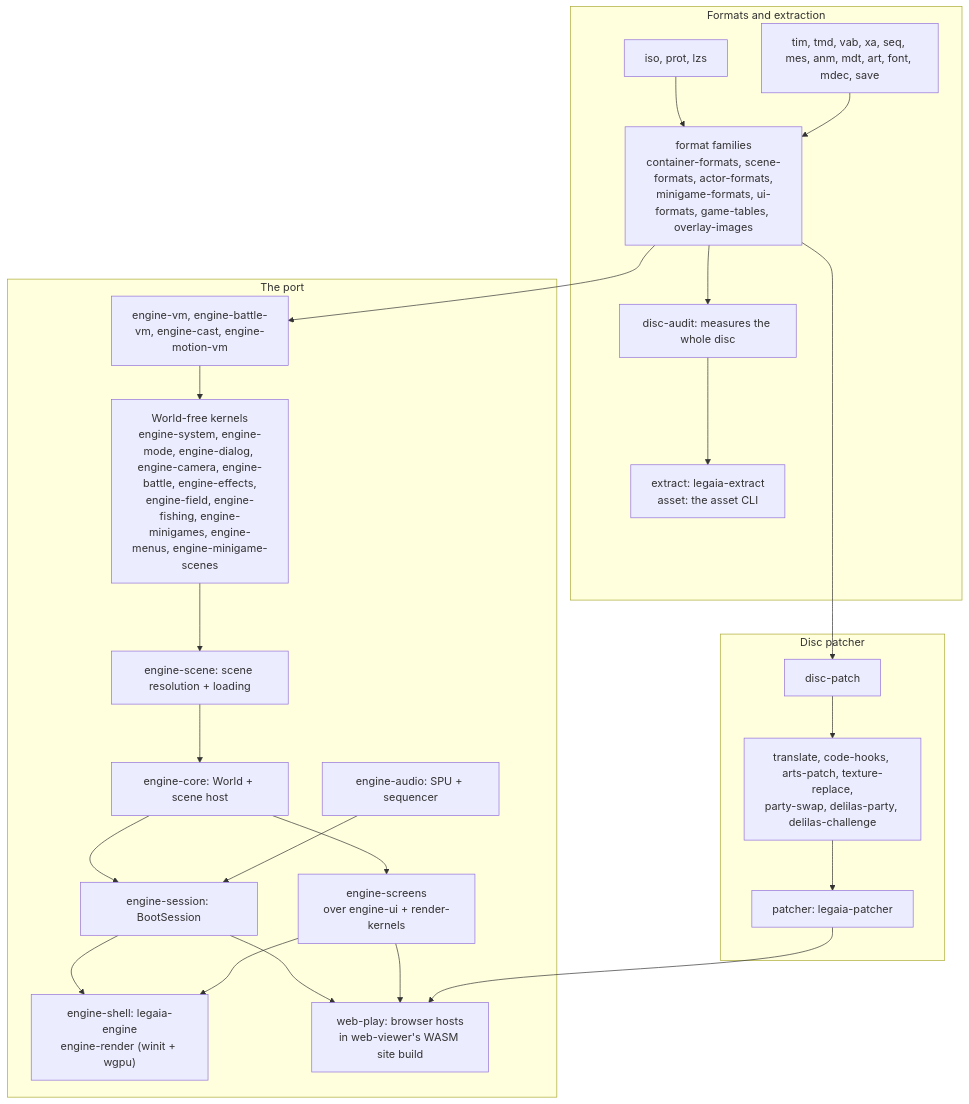
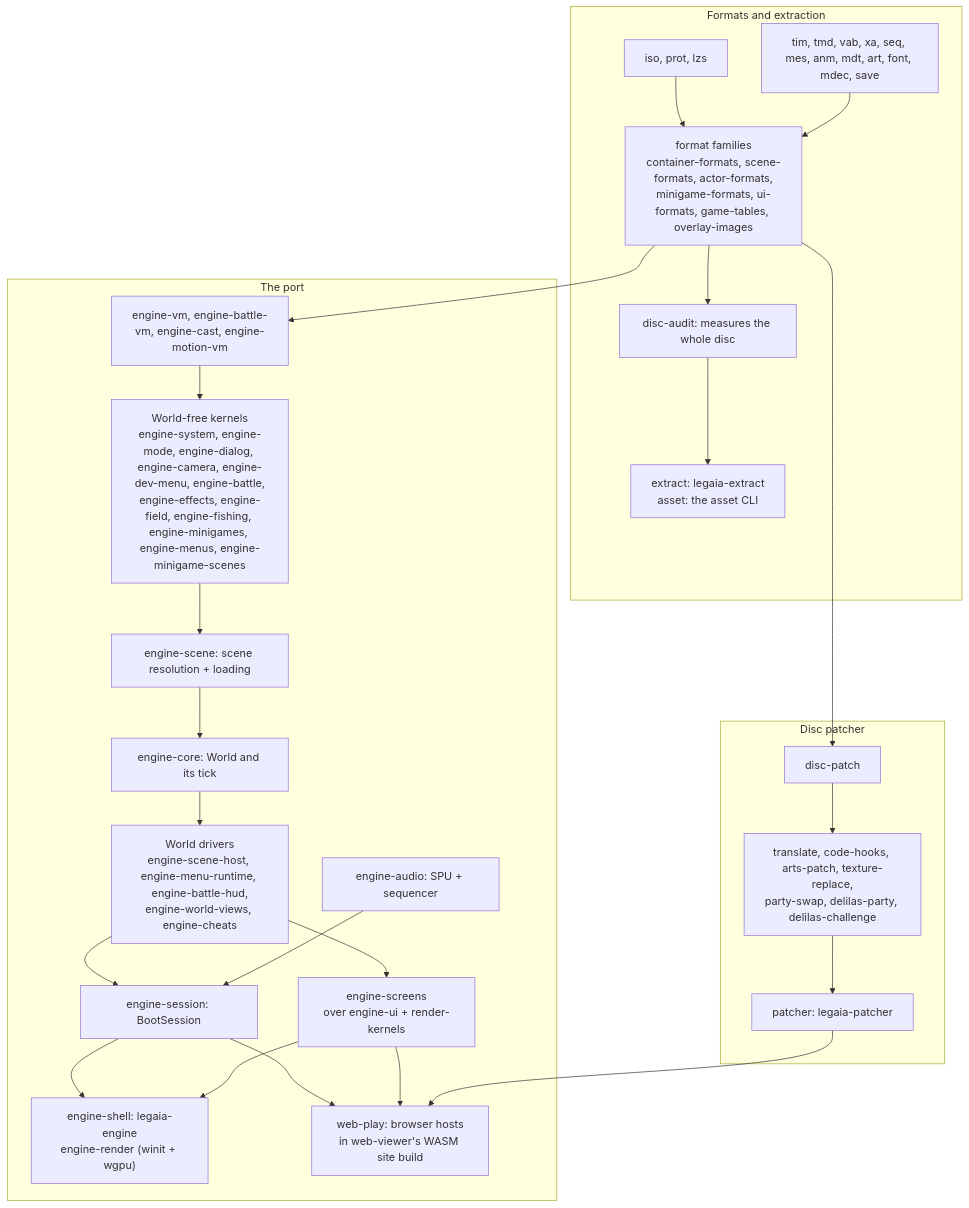
The second of 2 diagrams in docs/overview.md (AndrewAltimit/legend-of-legaia-re), drawn with Mermaid before and after one commit. The commit also changed other lines of this file and 10 other files, not shown here.

````diff
--- a/docs/overview.md
+++ b/docs/overview.md
@@ -80,42 +80,44 @@
 ```mermaid
 flowchart TD
     subgraph formats["Formats and extraction"]
         container["iso, prot, lzs"]
         hub["format families<br/>container-formats, scene-formats, actor-formats,<br/>minigame-formats, ui-formats, game-tables, overlay-images"]
         perfmt["tim, tmd, vab, xa, seq, mes, anm, mdt, art, font, mdec, save"]
         audit["disc-audit: measures the whole disc"]
         extract["extract: legaia-extract<br/>asset: the asset CLI"]
         container --> hub --> audit --> extract
         perfmt --> hub
     end
     subgraph port["The port"]
         vm["engine-vm, engine-battle-vm, engine-cast, engine-motion-vm"]
-        kernels["World-free kernels<br/>engine-system, engine-mode, engine-dialog, engine-camera, engine-battle, engine-effects,<br/>engine-field, engine-fishing, engine-minigames, engine-menus, engine-minigame-scenes"]
+        kernels["World-free kernels<br/>engine-system, engine-mode, engine-dialog, engine-camera, engine-dev-menu, engine-battle,<br/>engine-effects, engine-field, engine-fishing, engine-minigames, engine-menus, engine-minigame-scenes"]
         scene["engine-scene: scene resolution + loading"]
-        core["engine-core: World + scene host"]
+        core["engine-core: World and its tick"]
+        drivers["World drivers<br/>engine-scene-host, engine-menu-runtime, engine-battle-hud,<br/>engine-world-views, engine-cheats"]
         audio["engine-audio: SPU + sequencer"]
         session["engine-session: BootSession"]
         present["engine-screens<br/>over engine-ui + render-kernels"]
         native["engine-shell: legaia-engine<br/>engine-render (winit + wgpu)"]
         web["web-play: browser hosts<br/>in web-viewer's WASM site build"]
         vm --> kernels
         kernels --> scene
         scene --> core
-        core --> session
+        core --> drivers
+        drivers --> session
         audio --> session
-        core --> present
+        drivers --> present
         session --> native
         session --> web
         present --> native
         present --> web
     end
     subgraph mod["Disc patcher"]
         dp["disc-patch"]
         layers["translate, code-hooks, arts-patch, texture-replace,<br/>party-swap, delilas-party, delilas-challenge"]
         patcher["patcher: legaia-patcher"]
         dp --> layers --> patcher
     end
     hub --> vm
     hub --> dp
     patcher --> web
 ```
````
